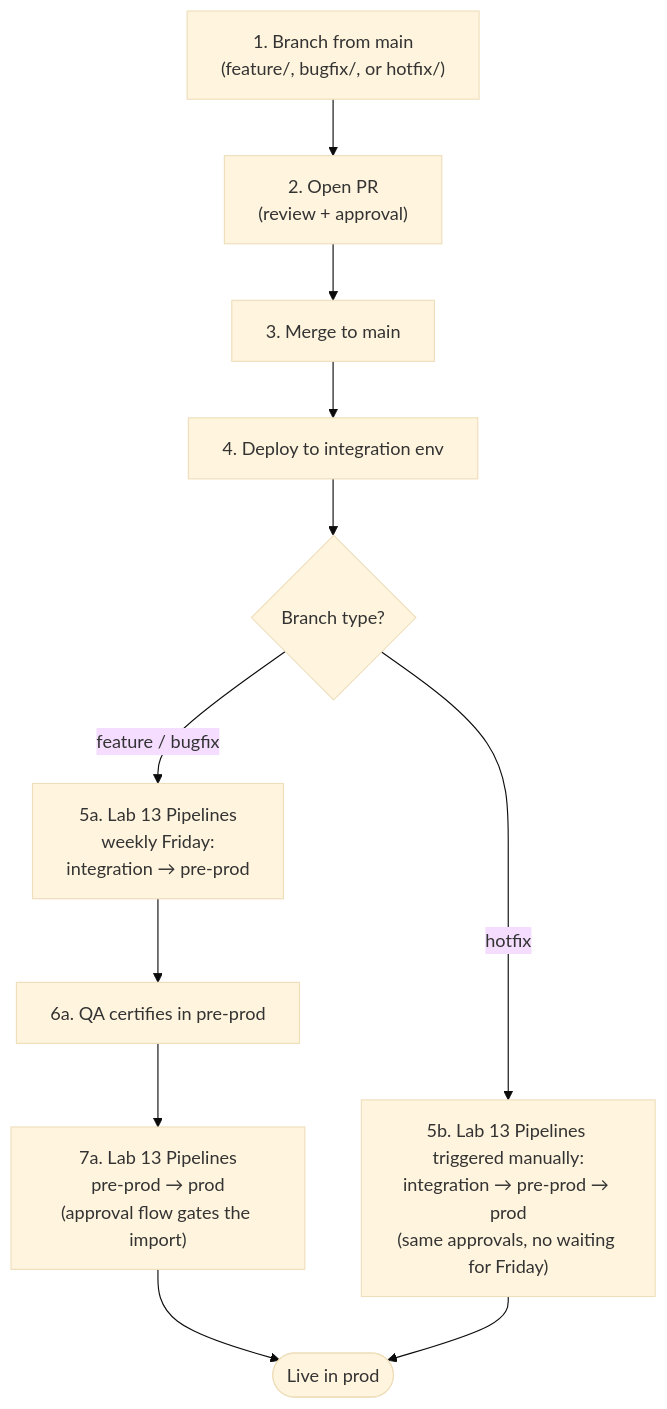
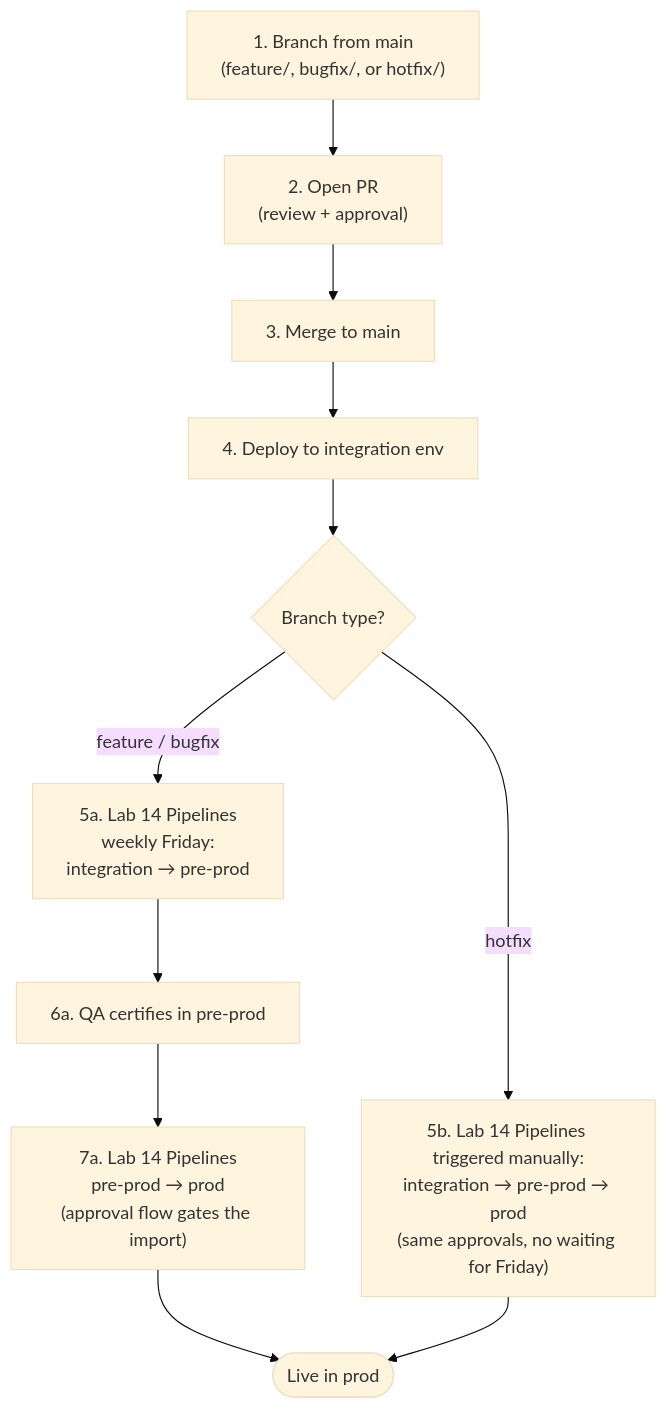
The second of 2 diagrams in docs/alm/13-branching-and-workflows.md (neerajnandwana-msft/powerpages-lab), drawn with Mermaid (base theme) before and after one commit. The commit also changed other lines of this file and 35 other files, not shown here.

First line of the commit message:
Add Reliable ALM setup documentation and lab sequence

````diff
--- a/docs/alm/13-branching-and-workflows.md
+++ b/docs/alm/13-branching-and-workflows.md
@@ -365,17 +365,17 @@
 ```mermaid
 flowchart TD
     Branch["1. Branch from main<br/>(feature/, bugfix/, or hotfix/)"]
     PR["2. Open PR<br/>(review + approval)"]
     Merge["3. Merge to main"]
     GHA["4. Deploy to integration env"]
     Trigger{Branch type?}
-    Weekly["5a. Lab 13 Pipelines<br/>weekly Friday:<br/>integration → pre-prod"]
+    Weekly["5a. Lab 14 Pipelines<br/>weekly Friday:<br/>integration → pre-prod"]
     QA["6a. QA certifies in pre-prod"]
-    ProdApproval["7a. Lab 13 Pipelines<br/>pre-prod → prod<br/>(approval flow gates the import)"]
-    HotfixManual["5b. Lab 13 Pipelines triggered manually:<br/>integration → pre-prod → prod<br/>(same approvals, no waiting for Friday)"]
+    ProdApproval["7a. Lab 14 Pipelines<br/>pre-prod → prod<br/>(approval flow gates the import)"]
+    HotfixManual["5b. Lab 14 Pipelines triggered manually:<br/>integration → pre-prod → prod<br/>(same approvals, no waiting for Friday)"]
     Live(["Live in prod"])
 
     Branch --> PR --> Merge --> GHA --> Trigger
     Trigger -->|"feature / bugfix"| Weekly --> QA --> ProdApproval --> Live
     Trigger -->|hotfix| HotfixManual --> Live
 ```
````
